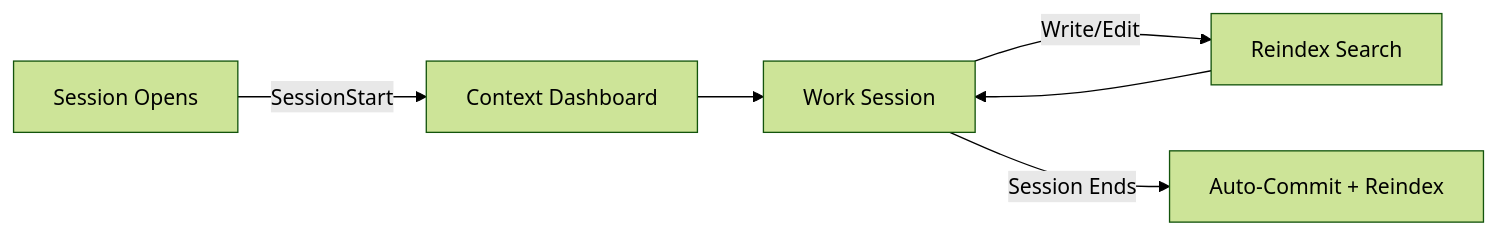
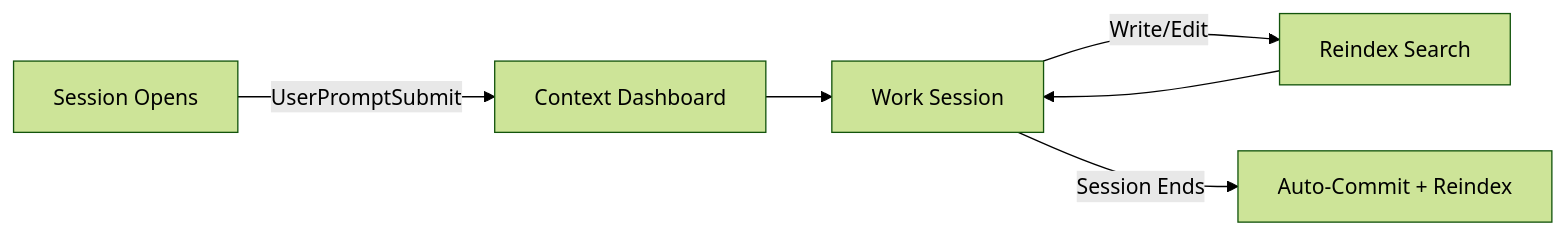
One commit to sovrana/qm-os changed the diagram in docs/architecture/hooks.md. Above: the diagram before and after it, drawn with Mermaid (forest theme). The commit also changed other lines of this file and 21 other files, not shown here.

````diff
--- a/docs/architecture/hooks.md
+++ b/docs/architecture/hooks.md
@@ -61,8 +89,8 @@
 ```mermaid
 graph LR
-    A[Session Opens] -->|SessionStart| B[Context Dashboard]
+    A[Session Opens] -->|UserPromptSubmit| B[Context Dashboard]
     B --> C[Work Session]
     C -->|Write/Edit| D[Reindex Search]
     D --> C
     C -->|Session Ends| E[Auto-Commit + Reindex]
 ```
````
